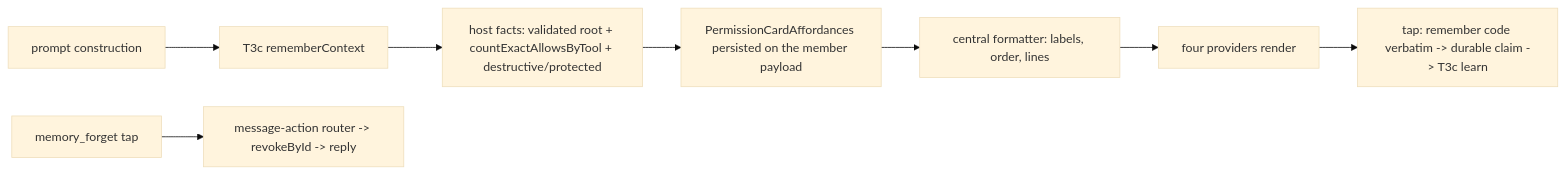
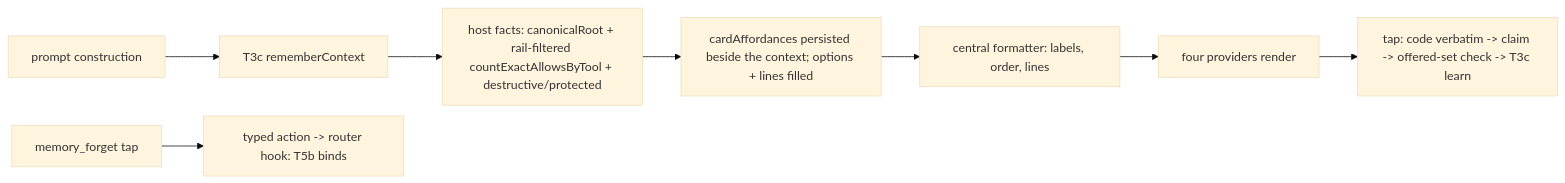
The diagram in plans/exploration/askfloor-1-t5a-taskplan.md (knacklabs/gantry), drawn with Mermaid (base theme) before and after one commit. The commit also changed other lines of this file and 2 other files, not shown here.

````diff
--- a/plans/exploration/askfloor-1-t5a-taskplan.md
+++ b/plans/exploration/askfloor-1-t5a-taskplan.md
@@ -59,10 +63,10 @@
 ```mermaid
 flowchart LR
   A[prompt construction] --> B[T3c rememberContext]
-  B --> C[host facts: validated root + countExactAllowsByTool + destructive/protected]
-  C --> D[PermissionCardAffordances persisted on the member payload]
+  B --> C[host facts: canonicalRoot + rail-filtered countExactAllowsByTool + destructive/protected]
+  C --> D[cardAffordances persisted beside the context; options + lines filled]
   D --> E[central formatter: labels, order, lines]
   E --> F[four providers render]
-  F --> G[tap: remember code verbatim -> durable claim -> T3c learn]
-  H[memory_forget tap] --> I[message-action router -> revokeById -> reply]
+  F --> G[tap: code verbatim -> claim -> offered-set check -> T3c learn]
+  H[memory_forget tap] --> I[typed action -> router hook: T5b binds]
 ```
````
